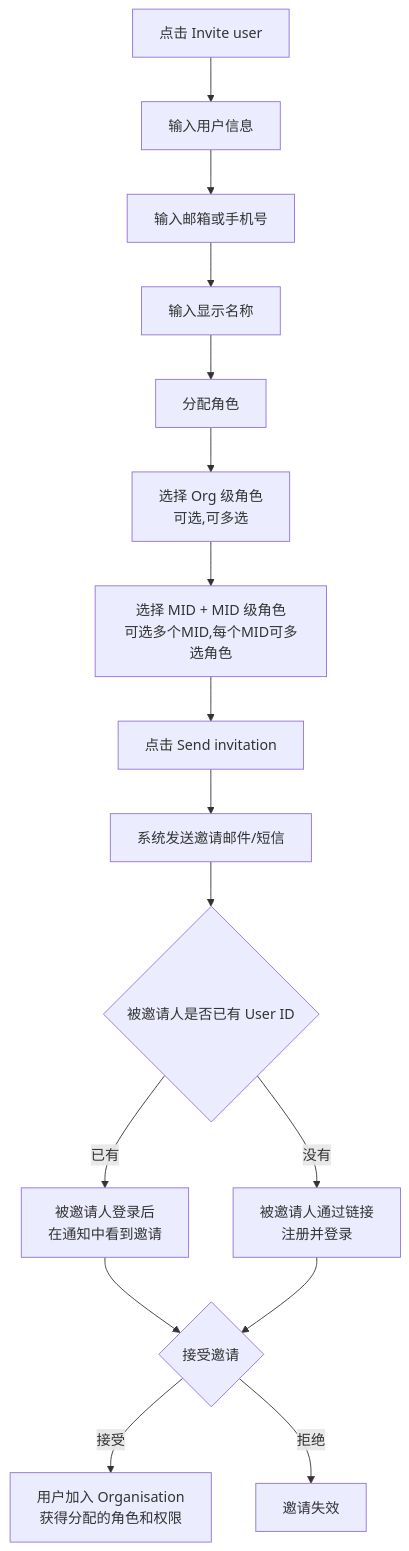
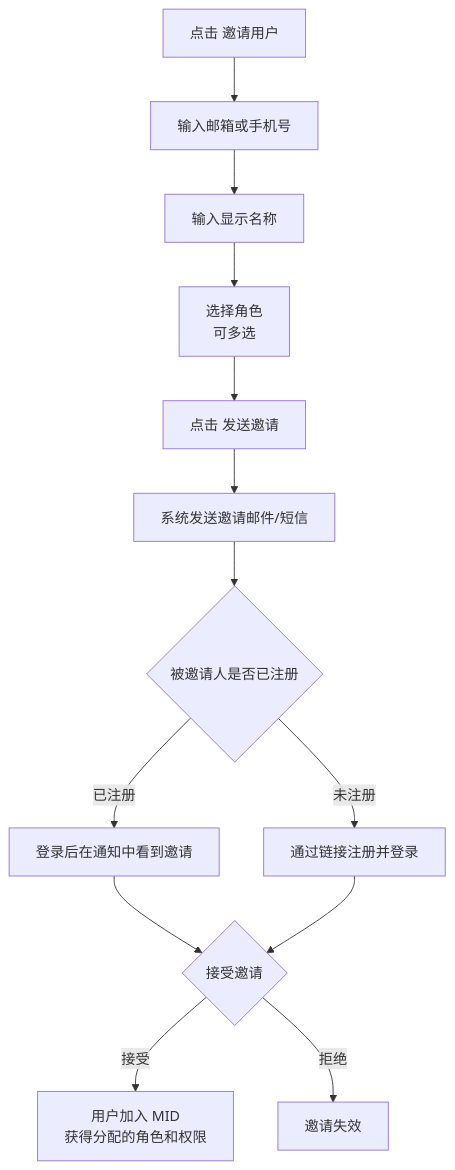
One commit to xiaoxiaoangie/EX-NEW changed the eighth of 13 diagrams in USERPERMISSIONS/prd/Users-Roles-Permissions.md. Above: the diagram before and after it, drawn with Mermaid. The commit also changed other lines of this file and 30 other files, not shown here.

````diff
--- a/USERPERMISSIONS/prd/Users-Roles-Permissions.md
+++ b/USERPERMISSIONS/prd/Users-Roles-Permissions.md
@@ -660,24 +712,19 @@
 ```mermaid
 flowchart TD
-    A[点击 Invite user] --> B[输入用户信息]
+    A[点击 邀请用户] --> B[输入邮箱或手机号]
+    B --> C[输入显示名称]
+    C --> D[选择角色<br/>可多选]
 
-    B --> C[输入邮箱或手机号]
-    C --> D[输入显示名称]
-    D --> E[分配角色]
+    D --> E[点击 发送邀请]
+    E --> F[系统发送邀请邮件/短信]
 
-    E --> E1[选择 Org 级角色<br/>可选,可多选]
-    E1 --> E2[选择 MID + MID 级角色<br/>可选多个MID,每个MID可多选角色]
+    F --> G{被邀请人是否已注册}
+    G -->|已注册| H[登录后在通知中看到邀请]
+    G -->|未注册| I[通过链接注册并登录]
 
-    E2 --> F[点击 Send invitation]
-    F --> G[系统发送邀请邮件/短信]
+    H --> J{接受邀请}
+    I --> J
 
-    G --> H{被邀请人是否已有 User ID}
-    H -->|已有| I[被邀请人登录后<br/>在通知中看到邀请]
-    H -->|没有| J[被邀请人通过链接<br/>注册并登录]
-
-    I --> K{接受邀请}
-    J --> K
-
-    K -->|接受| L[用户加入 Organisation<br/>获得分配的角色和权限]
-    K -->|拒绝| M[邀请失效]
+    J -->|接受| K[用户加入 MID<br/>获得分配的角色和权限]
+    J -->|拒绝| L[邀请失效]
 ```
````
